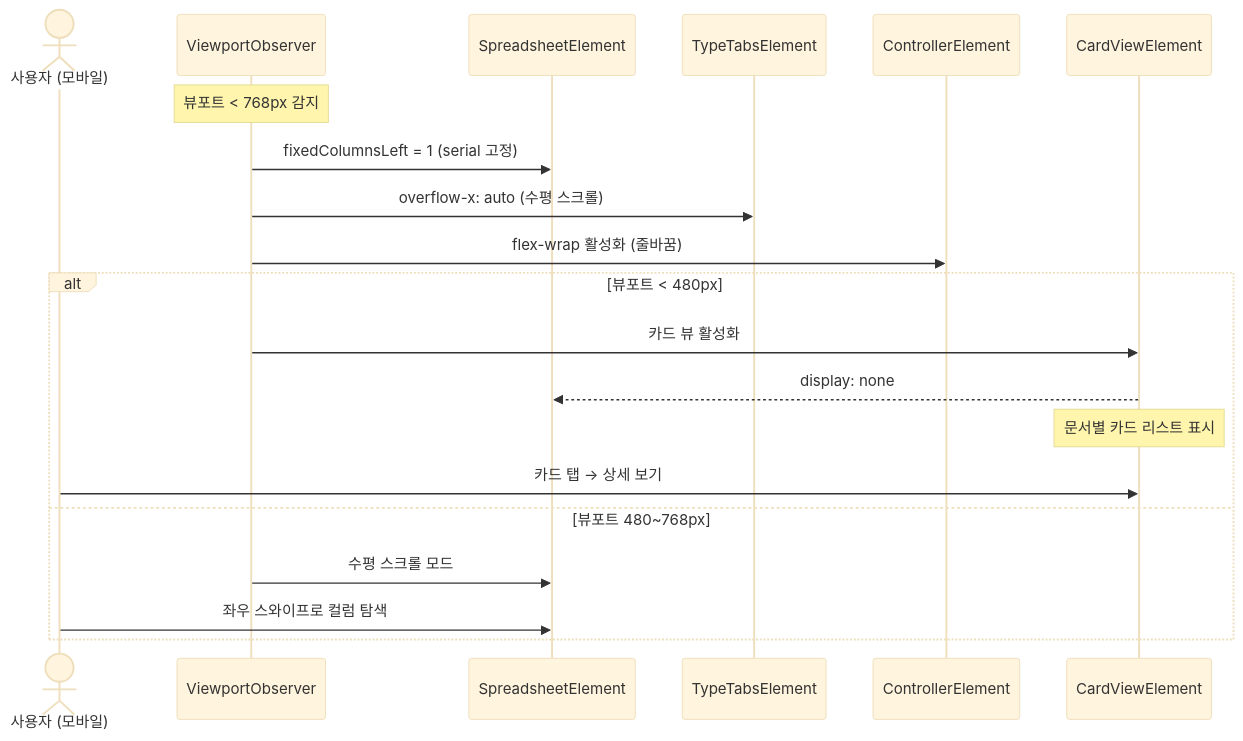
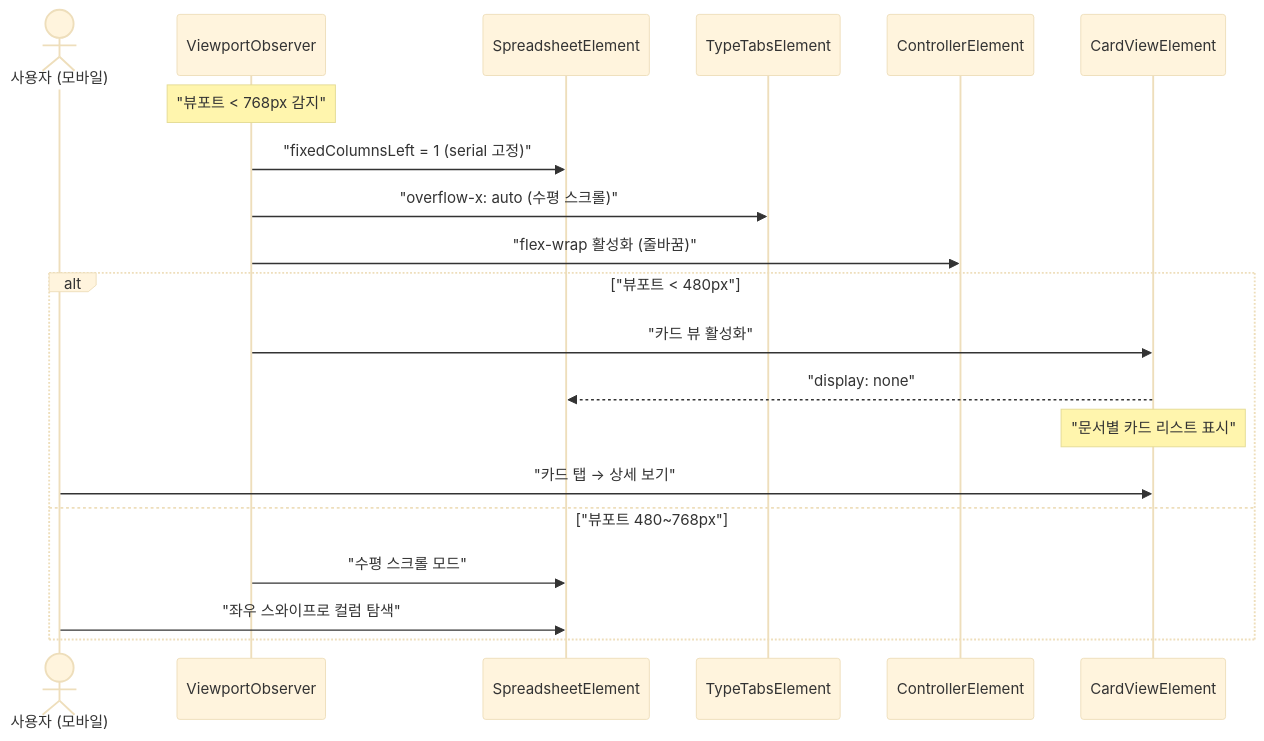
The seventh of 9 diagrams in document-ui/USECASE.md (sayaya1090/handbook), drawn with Mermaid (base theme) before and after one commit. The commit also changed other lines of this file and 22 other files, not shown here.

First line of the commit message:
docs: Mermaid 다이어그램 렌더링 오류 수정을 위한 구문 전수 교정

````diff
--- a/document-ui/USECASE.md
+++ b/document-ui/USECASE.md
@@ -262,24 +262,24 @@
 ```mermaid
 sequenceDiagram
     actor User as 사용자 (모바일)
     participant VP as ViewportObserver
     participant Sheet as SpreadsheetElement
     participant Tabs as TypeTabsElement
     participant Ctrl as ControllerElement
     participant Card as CardViewElement
 
-    Note over VP: 뷰포트 < 768px 감지
-    VP->>Sheet: fixedColumnsLeft = 1 (serial 고정)
-    VP->>Tabs: overflow-x: auto (수평 스크롤)
-    VP->>Ctrl: flex-wrap 활성화 (줄바꿈)
+    Note over VP: "뷰포트 < 768px 감지"
+    VP->>Sheet: "fixedColumnsLeft = 1 (serial 고정)"
+    VP->>Tabs: "overflow-x: auto (수평 스크롤)"
+    VP->>Ctrl: "flex-wrap 활성화 (줄바꿈)"
 
-    alt 뷰포트 < 480px
-        VP->>Card: 카드 뷰 활성화
-        Card-->>Sheet: display: none
-        Note over Card: 문서별 카드 리스트 표시
-        User->>Card: 카드 탭 → 상세 보기
-    else 뷰포트 480~768px
-        VP->>Sheet: 수평 스크롤 모드
-        User->>Sheet: 좌우 스와이프로 컬럼 탐색
+    alt "뷰포트 < 480px"
+        VP->>Card: "카드 뷰 활성화"
+        Card-->>Sheet: "display: none"
+        Note over Card: "문서별 카드 리스트 표시"
+        User->>Card: "카드 탭 → 상세 보기"
+    else "뷰포트 480~768px"
+        VP->>Sheet: "수평 스크롤 모드"
+        User->>Sheet: "좌우 스와이프로 컬럼 탐색"
     end
 ```
````
